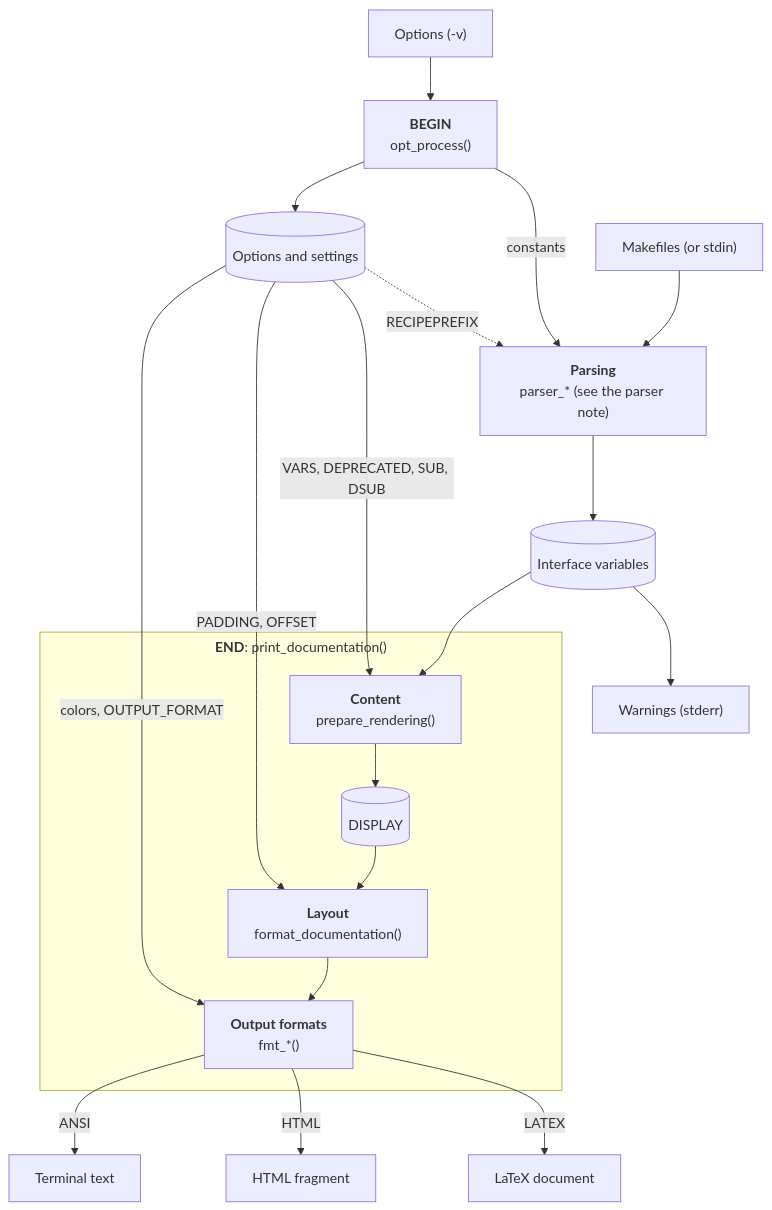
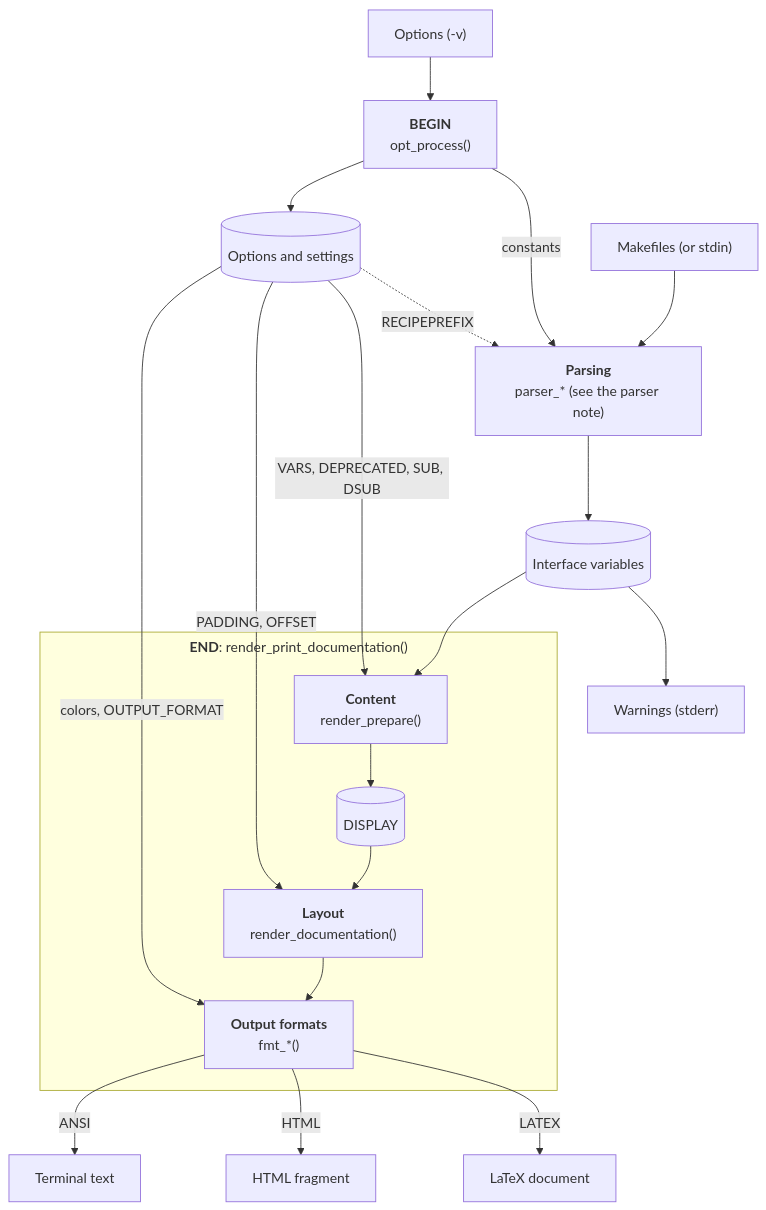
Before and after one commit to drdv/makefile-doc: the diagram in test/README.md, drawn with Mermaid. The commit also changed other lines of this file and 4 other files, not shown here.

First line of the commit message:
Prefix the rendering functions with render_

````diff
--- a/test/README.md
+++ b/test/README.md
@@ -300,34 +300,34 @@
 ```mermaid
 ---
 config:
   layout: dagre
   flowchart:
     curve: basis
     subGraphTitleMargin:
       top: 5
       bottom: 20
 ---
 flowchart TD
     options["Options (-v)"] --> begin["<b>BEGIN</b><br/>opt_process()"]
     makefiles["Makefiles (or stdin)"] --> parsing["<b>Parsing</b><br/>parser_* (see the parser note)"]
     begin -- "constants" --> parsing
     begin --> settings[("Options and settings")]
 
     settings -. "RECIPEPREFIX" .-> parsing
     parsing --> interface[("Interface variables")]
 
-    subgraph end_ ["<b>END</b>: print_documentation()"]
-        content["<b>Content</b><br/>prepare_rendering()"] --> display[("DISPLAY")]
-        display --> layout["<b>Layout</b><br/>format_documentation()"]
+    subgraph end_ ["<b>END</b>: render_print_documentation()"]
+        content["<b>Content</b><br/>render_prepare()"] --> display[("DISPLAY")]
+        display --> layout["<b>Layout</b><br/>render_documentation()"]
         layout --> formats["<b>Output formats</b><br/>fmt_*()"]
     end
 
     interface --> content
     settings -- "VARS, DEPRECATED, SUB, DSUB" --> content
     settings -- "PADDING, OFFSET" --> layout
     settings -- "colors, OUTPUT_FORMAT" --> formats
     formats -- "ANSI" --> ansi["Terminal text"]
     formats -- "HTML" --> html["HTML fragment"]
     formats -- "LATEX" --> latex["LaTeX document"]
     interface --> stderr["Warnings (stderr)"]
 ```
````
